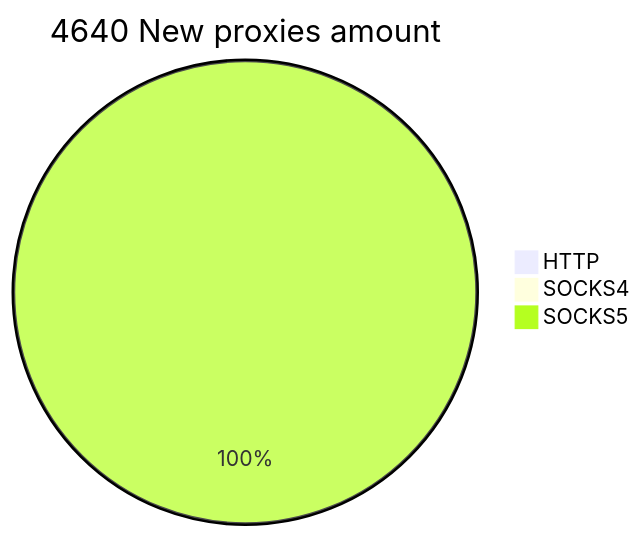
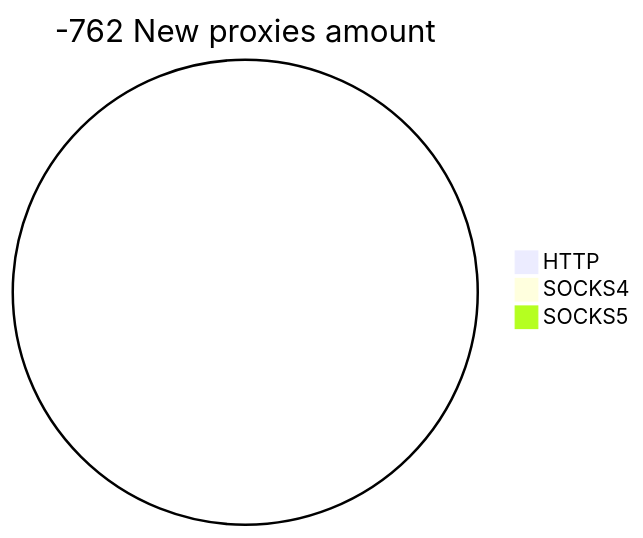
Before and after one commit to cutipu/proxylist: the second of 2 diagrams in README.md, drawn with Mermaid. The commit also changed other lines of this file, not shown here.

````diff
--- a/README.md
+++ b/README.md
@@ -10,6 +10,6 @@
 ```mermaid
-pie title 4640 New proxies amount
+pie title -762 New proxies amount
     "HTTP" : 0
     "SOCKS4" : 0
-    "SOCKS5" : 5453
+    "SOCKS5" : 0
 ```
````
